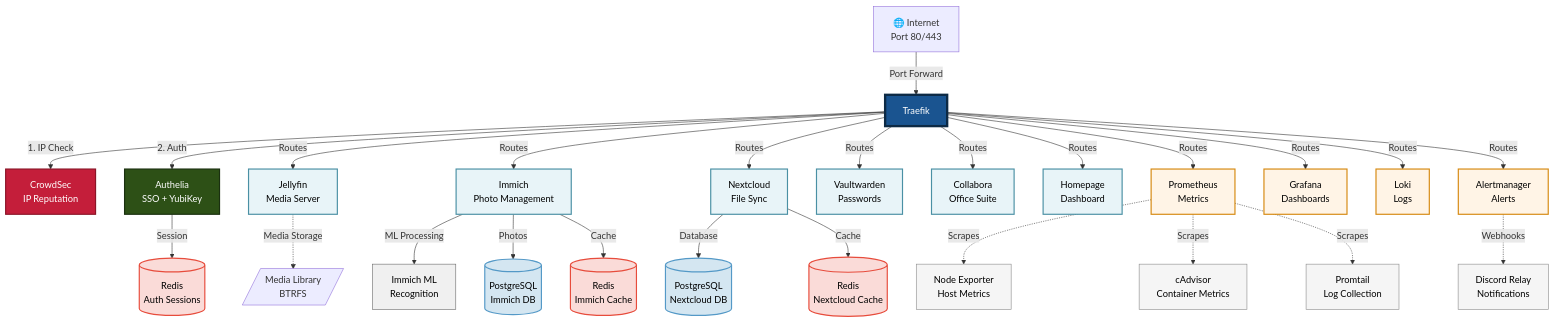
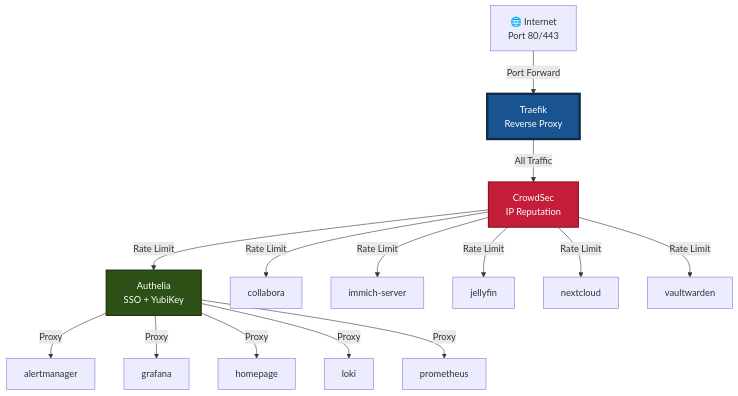
The first of 3 diagrams in docs/AUTO-NETWORK-TOPOLOGY.md (vonrobak/fedora-homelab-containers), drawn with Mermaid before and after one commit. The commit also changed other lines of this file and 1 other file, not shown here.

First line of the commit message:
docs: Make network topology data-driven, network-centric, and future-proof

````diff
--- a/docs/AUTO-NETWORK-TOPOLOGY.md
+++ b/docs/AUTO-NETWORK-TOPOLOGY.md
@@ -14,72 +14,28 @@
 ```mermaid
 graph TB
-    %% Internet Layer
     Internet[🌐 Internet<br/>Port 80/443]
+    Internet -->|Port Forward| Traefik[Traefik<br/>Reverse Proxy]
 
-    %% Gateway Layer - Entry point
-    Internet -->|Port Forward| Traefik
+    %% All traffic goes through CrowdSec first
+    Traefik -->|All Traffic| CrowdSec[CrowdSec<br/>IP Reputation]
 
-    %% Security Middleware
-    Traefik -->|1. IP Check| CrowdSec[CrowdSec<br/>IP Reputation]
-    Traefik -->|2. Auth| Authelia[Authelia<br/>SSO + YubiKey]
+    %% Services requiring Authelia SSO
+    CrowdSec -->|Rate Limit| Authelia[Authelia<br/>SSO + YubiKey]
+    Authelia -->|Proxy| alertmanager[alertmanager]
+    Authelia -->|Proxy| grafana[grafana]
+    Authelia -->|Proxy| homepage[homepage]
+    Authelia -->|Proxy| loki[loki]
+    Authelia -->|Proxy| prometheus[prometheus]
 
-    %% Public Services (Internet-accessible via reverse_proxy network)
-    Traefik -->|Routes| Jellyfin[Jellyfin<br/>Media Server]
-    Traefik -->|Routes| Immich[Immich<br/>Photo Management]
-    Traefik -->|Routes| Nextcloud[Nextcloud<br/>File Sync]
-    Traefik -->|Routes| Vaultwarden[Vaultwarden<br/>Passwords]
-    Traefik -->|Routes| Collabora[Collabora<br/>Office Suite]
-    Traefik -->|Routes| Homepage[Homepage<br/>Dashboard]
+    %% Services with native authentication (bypass Authelia)
+    CrowdSec -->|Rate Limit| collabora[collabora]
+    CrowdSec -->|Rate Limit| immich_server[immich-server]
+    CrowdSec -->|Rate Limit| jellyfin[jellyfin]
+    CrowdSec -->|Rate Limit| nextcloud[nextcloud]
+    CrowdSec -->|Rate Limit| vaultwarden[vaultwarden]
 
-    %% Monitoring Services (reverse_proxy + monitoring networks)
-    Traefik -->|Routes| Prometheus[Prometheus<br/>Metrics]
-    Traefik -->|Routes| Grafana[Grafana<br/>Dashboards]
-    Traefik -->|Routes| Loki[Loki<br/>Logs]
-    Traefik -->|Routes| Alertmanager[Alertmanager<br/>Alerts]
-
-    %% Backend Services (Internal only - monitoring network)
-    Prometheus -.->|Scrapes| NodeExporter[Node Exporter<br/>Host Metrics]
-    Prometheus -.->|Scrapes| cAdvisor[cAdvisor<br/>Container Metrics]
-    Prometheus -.->|Scrapes| Promtail[Promtail<br/>Log Collection]
-    Alertmanager -.->|Webhooks| DiscordRelay[Discord Relay<br/>Notifications]
-
-    %% Support Services
-    Authelia -->|Session| RedisAuth[(Redis<br/>Auth Sessions)]
-    Jellyfin -.->|Media Storage| MediaLib[/Media Library<br/>BTRFS/]
-
-    Immich -->|ML Processing| ImmichML[Immich ML<br/>Recognition]
-    Immich -->|Photos| PostgresImmich[(PostgreSQL<br/>Immich DB)]
-    Immich -->|Cache| RedisImmich[(Redis<br/>Immich Cache)]
-
-    Nextcloud -->|Database| NextcloudDB[(PostgreSQL<br/>Nextcloud DB)]
-    Nextcloud -->|Cache| NextcloudRedis[(Redis<br/>Nextcloud Cache)]
-
-    %% Styling - Readable colors with good contrast
+    %% Styling
     style Traefik fill:#1a5490,stroke:#0d2a45,stroke-width:4px,color:#fff
     style CrowdSec fill:#c41e3a,stroke:#8b1528,stroke-width:2px,color:#fff
     style Authelia fill:#2d5016,stroke:#1a3010,stroke-width:2px,color:#fff
-
-    style Jellyfin fill:#e8f4f8,stroke:#4a90a4,stroke-width:2px,color:#000
-    style Immich fill:#e8f4f8,stroke:#4a90a4,stroke-width:2px,color:#000
-    style Nextcloud fill:#e8f4f8,stroke:#4a90a4,stroke-width:2px,color:#000
-    style Vaultwarden fill:#e8f4f8,stroke:#4a90a4,stroke-width:2px,color:#000
-    style Collabora fill:#e8f4f8,stroke:#4a90a4,stroke-width:2px,color:#000
-    style Homepage fill:#e8f4f8,stroke:#4a90a4,stroke-width:2px,color:#000
-
-    style Prometheus fill:#fff4e6,stroke:#d68910,stroke-width:2px,color:#000
-    style Grafana fill:#fff4e6,stroke:#d68910,stroke-width:2px,color:#000
-    style Loki fill:#fff4e6,stroke:#d68910,stroke-width:2px,color:#000
-    style Alertmanager fill:#fff4e6,stroke:#d68910,stroke-width:2px,color:#000
-
-    style NodeExporter fill:#f5f5f5,stroke:#888,stroke-width:1px,color:#000
-    style cAdvisor fill:#f5f5f5,stroke:#888,stroke-width:1px,color:#000
-    style Promtail fill:#f5f5f5,stroke:#888,stroke-width:1px,color:#000
-    style DiscordRelay fill:#f5f5f5,stroke:#888,stroke-width:1px,color:#000
-
-    style ImmichML fill:#f0f0f0,stroke:#666,stroke-width:1px,color:#000
-    style PostgresImmich fill:#d4e6f1,stroke:#5499c7,stroke-width:2px,color:#000
-    style RedisImmich fill:#fadbd8,stroke:#e74c3c,stroke-width:2px,color:#000
-    style NextcloudDB fill:#d4e6f1,stroke:#5499c7,stroke-width:2px,color:#000
-    style NextcloudRedis fill:#fadbd8,stroke:#e74c3c,stroke-width:2px,color:#000
-    style RedisAuth fill:#fadbd8,stroke:#e74c3c,stroke-width:2px,color:#000
 ```
````
